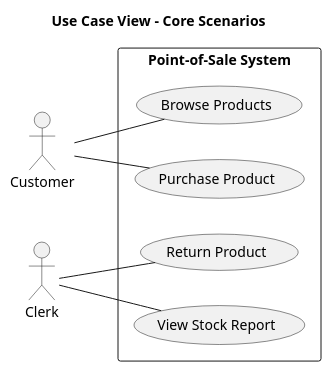
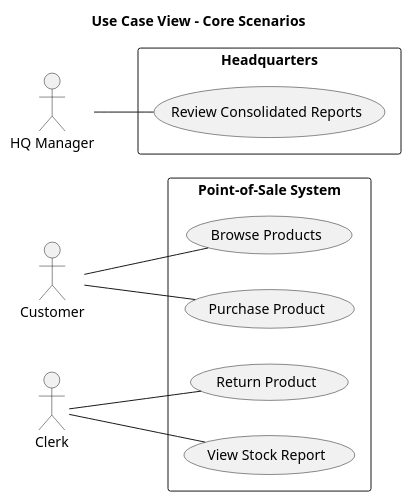
Before and after one commit to Sersium/log430lab123: the diagram in docs/UML/use_case_view.puml, drawn with PlantUML. The commit also changed 4 other files, not shown here.

Commit message:
Add multi-store UML diagrams

```diff
--- a/docs/UML/use_case_view.puml
+++ b/docs/UML/use_case_view.puml
@@ -1,13 +1,17 @@
 @startuml use_case_view
 title Use Case View - Core Scenarios
 left to right direction
 actor Customer
 actor Clerk
+actor "HQ Manager" as HQ
 
 rectangle "Point-of-Sale System" {
   Customer -- (Browse Products)
   Customer -- (Purchase Product)
   Clerk -- (Return Product)
   Clerk -- (View Stock Report)
 }
+rectangle Headquarters {
+  HQ -- (Review Consolidated Reports)
+}
 @enduml
```
